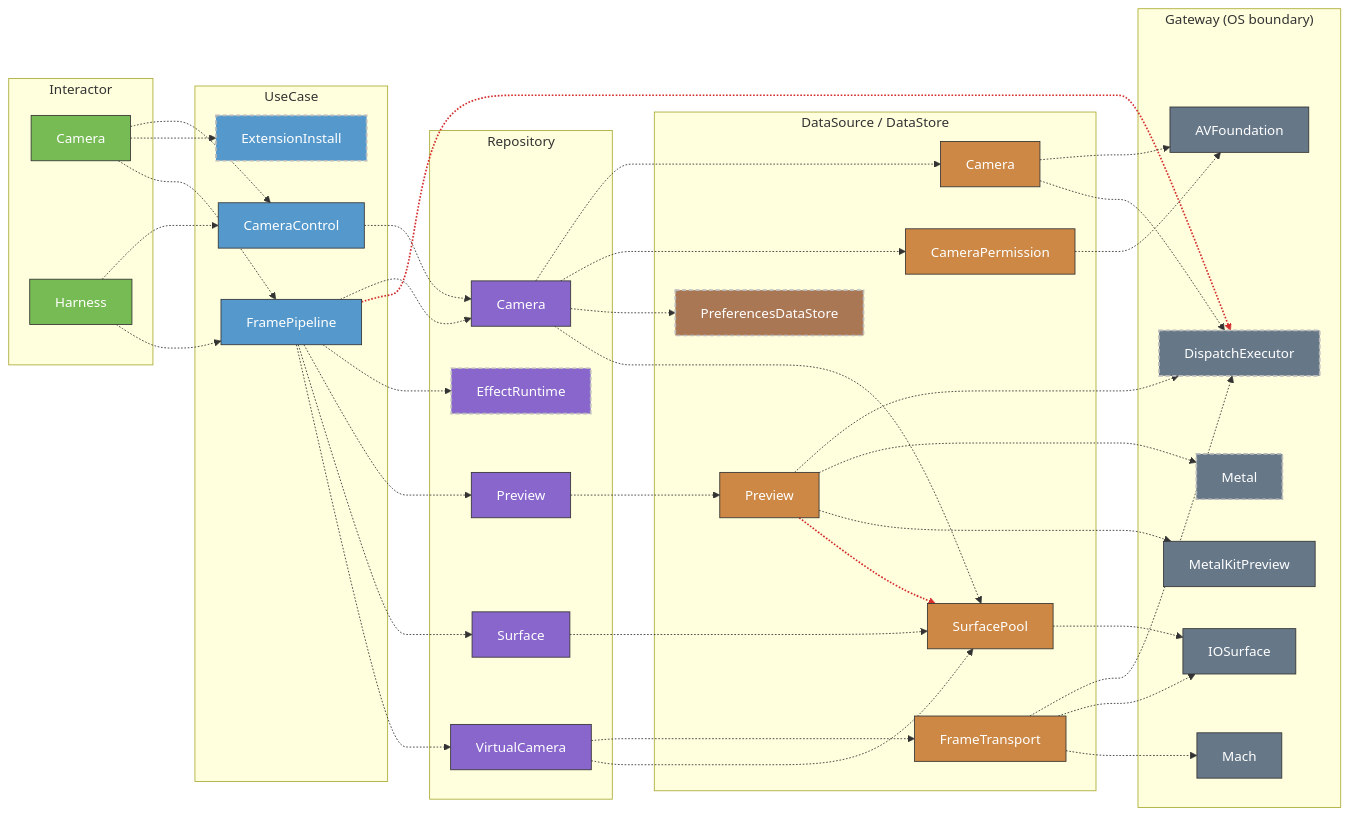
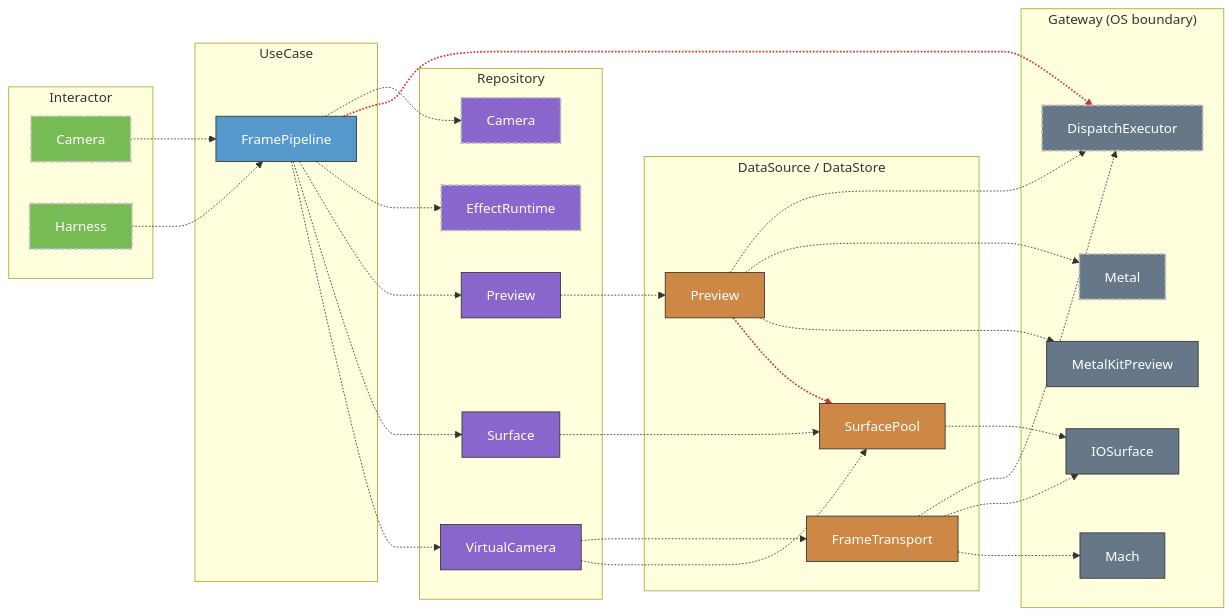
The fifth of 9 diagrams in docs/ARCHITECTURE.md (GeneralD/mirage), drawn with Mermaid before and after one commit. The commit also changed other lines of this file, not shown here.

Commit message:
docs(architecture): split frame path diagram into capture and pipeline

````diff
--- a/docs/ARCHITECTURE.md
+++ b/docs/ARCHITECTURE.md
@@ -213,77 +262,58 @@
 ```mermaid
 graph LR
-  subgraph Area0_int["Interactor"]
-    CameraInteractor["Camera"]:::int
-    HarnessInteractor["Harness"]:::int
+  subgraph Area0b_int["Interactor"]
+    CameraInteractor["Camera"]:::intx
+    HarnessInteractor["Harness"]:::intx
   end
-  subgraph Area0_uc["UseCase"]
-    CameraControlUseCase["CameraControl"]:::uc
+  subgraph Area0b_uc["UseCase"]
     FramePipelineUseCase["FramePipeline"]:::uc
-    ExtensionInstallUseCase["ExtensionInstall"]:::ucx
   end
-  subgraph Area0_repo["Repository"]
-    CameraRepository["Camera"]:::repo
+  subgraph Area0b_repo["Repository"]
+    CameraRepository["Camera"]:::repox
     PreviewRepository["Preview"]:::repo
     VirtualCameraRepository["VirtualCamera"]:::repo
     SurfaceRepository["Surface"]:::repo
     EffectRuntimeRepository["EffectRuntime"]:::repox
   end
-  subgraph Area0_ds["DataSource / DataStore"]
-    CameraDataSource["Camera"]:::ds
-    CameraPermissionDataSource["CameraPermission"]:::ds
+  subgraph Area0b_ds["DataSource / DataStore"]
     PreviewDataSource["Preview"]:::ds
     FrameTransportDataSource["FrameTransport"]:::ds
     SurfacePoolDataSource["SurfacePool"]:::ds
-    PreferencesDataStore:::dstorex
   end
-  subgraph Area0_gw["Gateway (OS boundary)"]
-    AVFoundationGateway["AVFoundation"]:::gw
+  subgraph Area0b_gw["Gateway (OS boundary)"]
     MetalKitPreviewGateway["MetalKitPreview"]:::gw
     IOSurfaceGateway["IOSurface"]:::gw
     MachGateway["Mach"]:::gw
     DispatchExecutorGateway["DispatchExecutor"]:::gwx
     MetalGateway["Metal"]:::gwx
   end
-  CameraInteractor -.-> CameraControlUseCase
-  CameraInteractor -.-> ExtensionInstallUseCase
   CameraInteractor -.-> FramePipelineUseCase
-  HarnessInteractor -.-> CameraControlUseCase
   HarnessInteractor -.-> FramePipelineUseCase
-  CameraControlUseCase -.-> CameraRepository
   FramePipelineUseCase -.-> CameraRepository
   FramePipelineUseCase -.-> DispatchExecutorGateway
   FramePipelineUseCase -.-> EffectRuntimeRepository
   FramePipelineUseCase -.-> PreviewRepository
   FramePipelineUseCase -.-> SurfaceRepository
   FramePipelineUseCase -.-> VirtualCameraRepository
-  CameraRepository -.-> CameraDataSource
-  CameraRepository -.-> CameraPermissionDataSource
-  CameraRepository -.-> PreferencesDataStore
-  CameraRepository -.-> SurfacePoolDataSource
   PreviewRepository -.-> PreviewDataSource
   VirtualCameraRepository -.-> FrameTransportDataSource
   VirtualCameraRepository -.-> SurfacePoolDataSource
   SurfaceRepository -.-> SurfacePoolDataSource
-  CameraDataSource -.-> AVFoundationGateway
-  CameraDataSource -.-> DispatchExecutorGateway
-  CameraPermissionDataSource -.-> AVFoundationGateway
   PreviewDataSource -.-> DispatchExecutorGateway
   PreviewDataSource -.-> MetalGateway
   PreviewDataSource -.-> MetalKitPreviewGateway
   PreviewDataSource -.-> SurfacePoolDataSource
   FrameTransportDataSource -.-> DispatchExecutorGateway
   FrameTransportDataSource -.-> IOSurfaceGateway
   FrameTransportDataSource -.-> MachGateway
   SurfacePoolDataSource -.-> IOSurfaceGateway
   classDef ds fill:#c84,stroke:#333,color:#fff
-  classDef dstorex fill:#a75,stroke:#bbb,stroke-width:2px,stroke-dasharray:5 3,color:#fff
   classDef gw fill:#678,stroke:#333,color:#fff
   classDef gwx fill:#678,stroke:#bbb,stroke-width:2px,stroke-dasharray:5 3,color:#fff
-  classDef int fill:#7b5,stroke:#333,color:#fff
+  classDef intx fill:#7b5,stroke:#bbb,stroke-width:2px,stroke-dasharray:5 3,color:#fff
   classDef repo fill:#86c,stroke:#333,color:#fff
   classDef repox fill:#86c,stroke:#bbb,stroke-width:2px,stroke-dasharray:5 3,color:#fff
   classDef uc fill:#59c,stroke:#333,color:#fff
-  classDef ucx fill:#59c,stroke:#bbb,stroke-width:2px,stroke-dasharray:5 3,color:#fff
-  linkStyle 7 stroke:#d32f2f,stroke-width:2px
-  linkStyle 26 stroke:#d32f2f,stroke-width:2px
+  linkStyle 3 stroke:#d32f2f,stroke-width:2px
+  linkStyle 15 stroke:#d32f2f,stroke-width:2px
 ```
````
